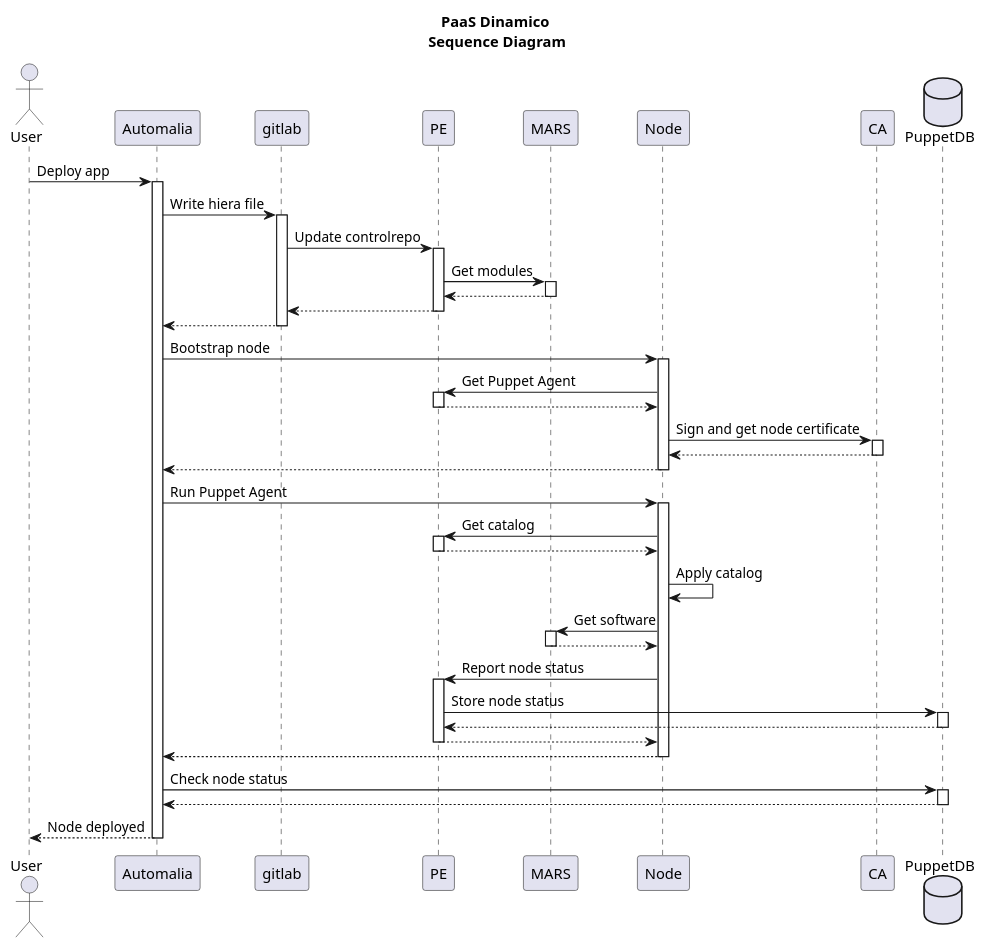
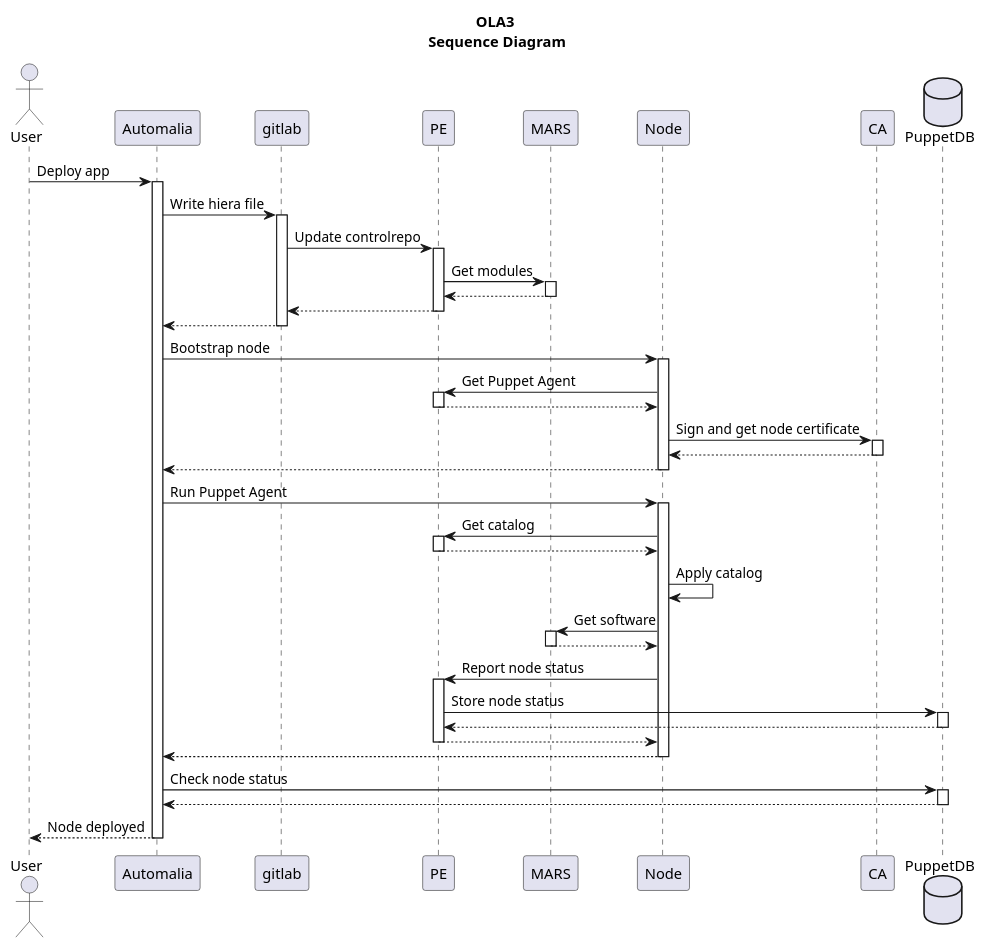
Before and after one commit to CIVIR-ES/PE-vagrant: the diagram in doc/sequence.puml, drawn with PlantUML.

```diff
--- a/doc/sequence.puml
+++ b/doc/sequence.puml
@@ -1,95 +1,95 @@
 @startuml
 
-title PaaS Dinamico\n Sequence Diagram
+title OLA3\n Sequence Diagram
 
 actor User
 participant "Automalia" as A
 participant "gitlab" as B
 participant "PE" as C
 participant "MARS" as D
 participant "Node" as E
 participant "CA" as F
 database "PuppetDB" as G
 
 
 User -> A: Deploy app
 activate A
 
 A -> B: Write hiera file
 activate B
 
 B -> C: Update controlrepo
 activate C
 
 C -> D: Get modules
 activate D
 
 D --> C
 deactivate D
 
 C --> B
 deactivate C
 
 B --> A
 deactivate B
 
 A -> E: Bootstrap node
 activate E
 
 E -> C: Get Puppet Agent
 activate C
 
 C --> E
 deactivate C
 
 E -> F: Sign and get node certificate
 activate F
 
 F --> E
 deactivate F
 
 E --> A
 deactivate E
 
 A -> E: Run Puppet Agent
 activate E
 
 E -> C: Get catalog
 activate C
 
 C --> E
 deactivate C
 
 E -> E: Apply catalog
 
 E -> D: Get software
 activate D
 
 D --> E
 deactivate D
 
 E -> C: Report node status
 activate C
 
 C -> G: Store node status
 activate G
 
 G --> C
 deactivate G
 
 C --> E
 deactivate C
 
 E --> A
 deactivate E
 
 A -> G: Check node status
 activate G
 
 G --> A
 deactivate G
 
 A --> User: Node deployed
 deactivate A
 
 @enduml
```
